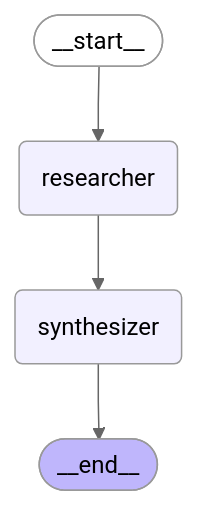
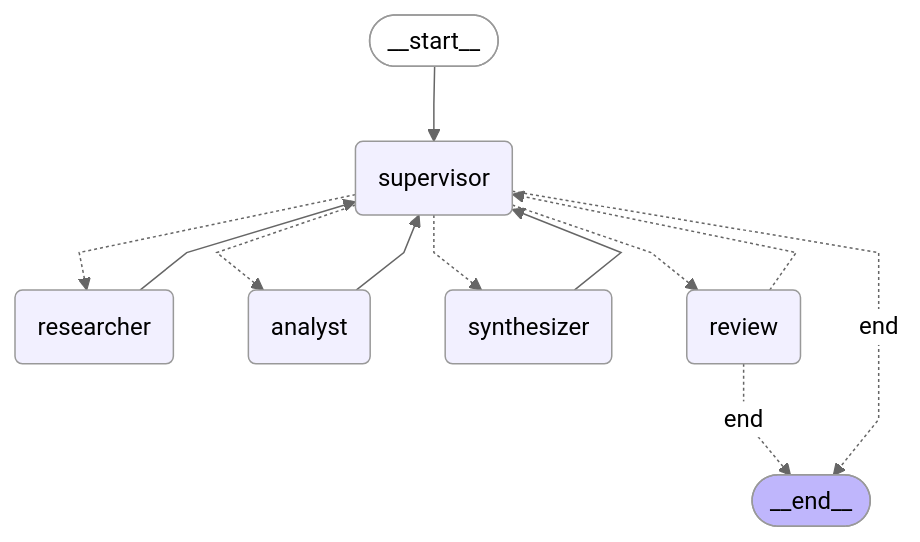
One commit to icallepe/agentic-research changed the diagram in grafo.mmd. Above: the diagram before and after it, drawn with Mermaid (neutral theme). The commit also changed other lines of this file and 17 other files, not shown here.

```diff
--- a/grafo.mmd
+++ b/grafo.mmd
@@ -1,16 +1,27 @@
 ---
 config:
   flowchart:
     curve: linear
 ---
 graph TD;
 	__start__([<p>__start__</p>]):::first
+	supervisor(supervisor)
 	researcher(researcher)
+	analyst(analyst)
 	synthesizer(synthesizer)
+	review(review)
 	__end__([<p>__end__</p>]):::last
-	__start__ --> researcher;
-	researcher --> synthesizer;
-	synthesizer --> __end__;
+	__start__ --> supervisor;
+	analyst --> supervisor;
+	researcher --> supervisor;
+	review -. &nbsp;end&nbsp; .-> __end__;
+	review -.-> supervisor;
+	supervisor -. &nbsp;end&nbsp; .-> __end__;
+	supervisor -.-> analyst;
+	supervisor -.-> researcher;
+	supervisor -.-> review;
+	supervisor -.-> synthesizer;
+	synthesizer --> supervisor;
 	classDef default fill:#f2f0ff,line-height:1.2
 	classDef first fill-opacity:0
 	classDef last fill:#bfb6fc
```
